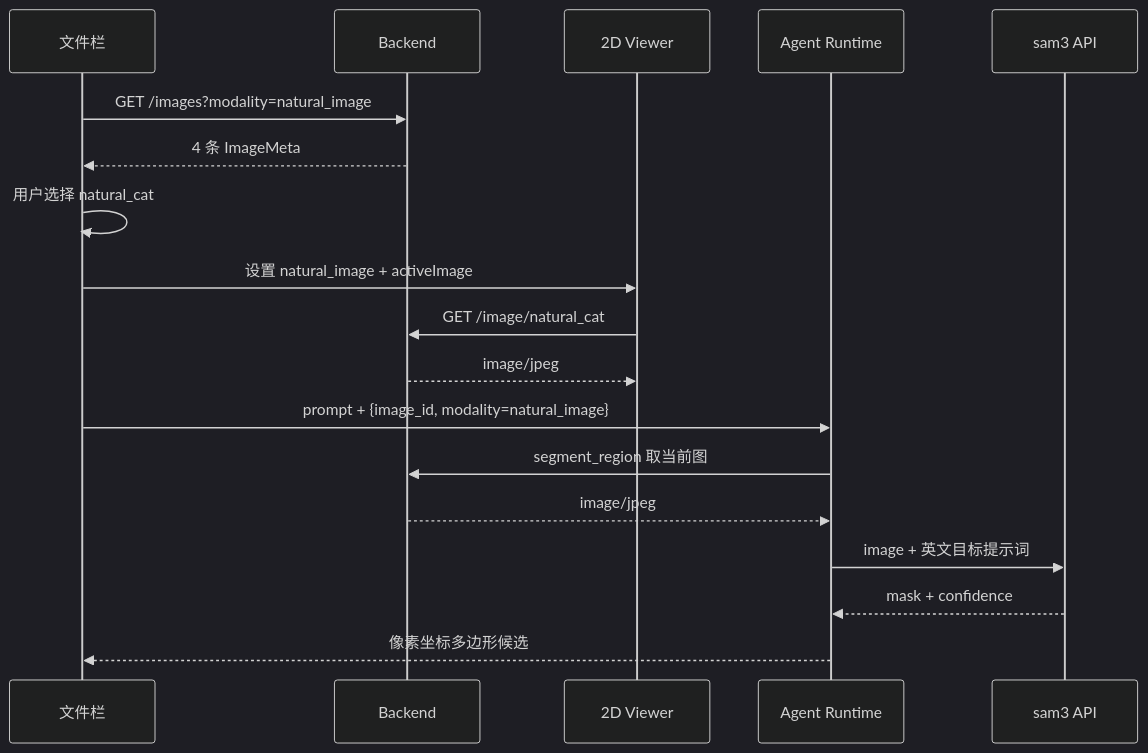
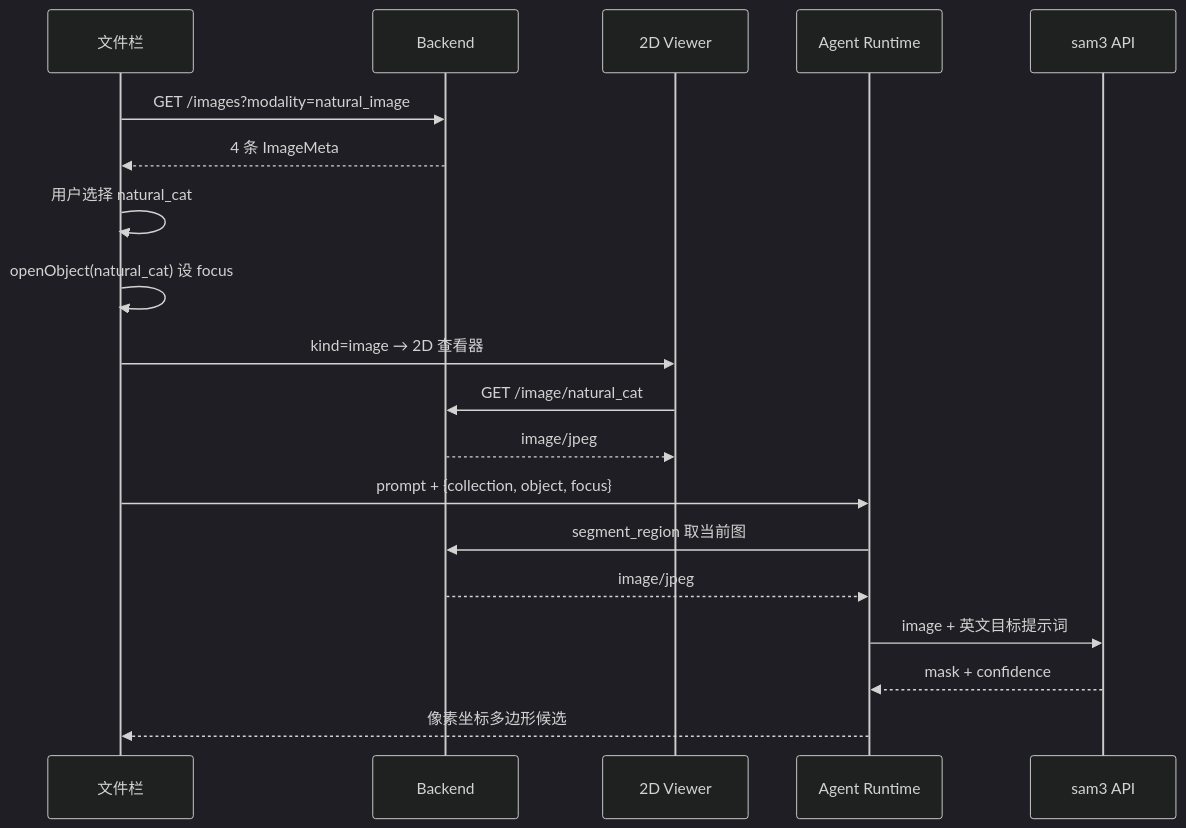
One commit to zhentai-sn/open-glaux changed the first of 2 diagrams in docs/sdd/feats/07-natural-image-sam-demo/README.md. Above: the diagram before and after it, drawn with Mermaid (dark theme). The commit also changed other lines of this file and 16 other files, not shown here.

````diff
--- a/docs/sdd/feats/07-natural-image-sam-demo/README.md
+++ b/docs/sdd/feats/07-natural-image-sam-demo/README.md
@@ -94,21 +104,22 @@
 ```mermaid
 sequenceDiagram
     participant F as 文件栏
     participant B as Backend
     participant V as 2D Viewer
     participant A as Agent Runtime
     participant S as sam3 API
 
     F->>B: GET /images?modality=natural_image
     B-->>F: 4 条 ImageMeta
     F->>F: 用户选择 natural_cat
-    F->>V: 设置 natural_image + activeImage
+    F->>F: openObject(natural_cat) 设 focus
+    F->>V: kind=image → 2D 查看器
     V->>B: GET /image/natural_cat
     B-->>V: image/jpeg
-    F->>A: prompt + {image_id, modality=natural_image}
+    F->>A: prompt + {collection, object, focus}
     A->>B: segment_region 取当前图
     B-->>A: image/jpeg
     A->>S: image + 英文目标提示词
     S-->>A: mask + confidence
     A-->>F: 像素坐标多边形候选
 ```
````
